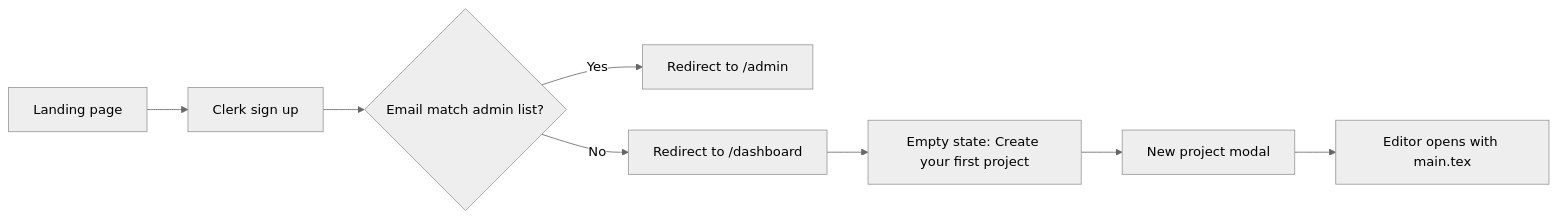
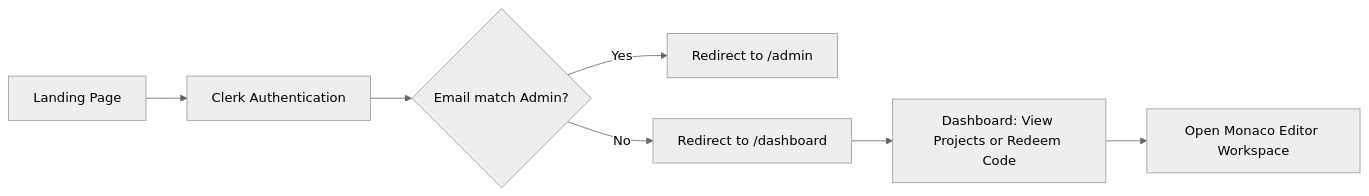
One commit to Siddhantshukla1657/Texly changed the first of 3 diagrams in docs/design.md. Above: the diagram before and after it, drawn with Mermaid (neutral theme). The commit also changed other lines of this file and 16 other files, not shown here.

````diff
--- a/docs/design.md
+++ b/docs/design.md
@@ -29,10 +34,9 @@
 ```mermaid
 flowchart LR
-    A[Landing page] --> B[Clerk sign up]
-    B --> C{Email match admin list?}
+    A[Landing Page] --> B[Clerk Authentication]
+    B --> C{Email match Admin?}
     C -->|Yes| D[Redirect to /admin]
     C -->|No| E[Redirect to /dashboard]
-    E --> F[Empty state: Create your first project]
-    F --> G[New project modal]
-    G --> H[Editor opens with main.tex]
+    E --> F[Dashboard: View Projects or Redeem Code]
+    F --> G[Open Monaco Editor Workspace]
 ```
````
